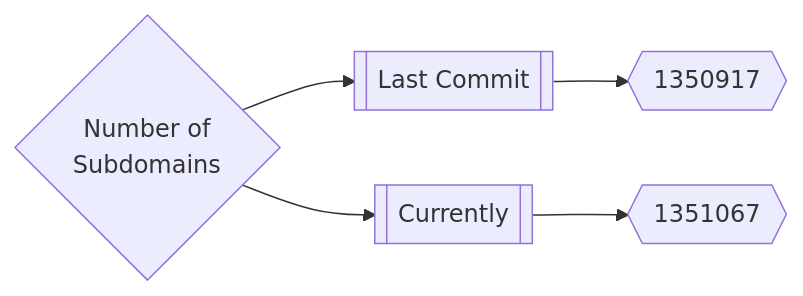
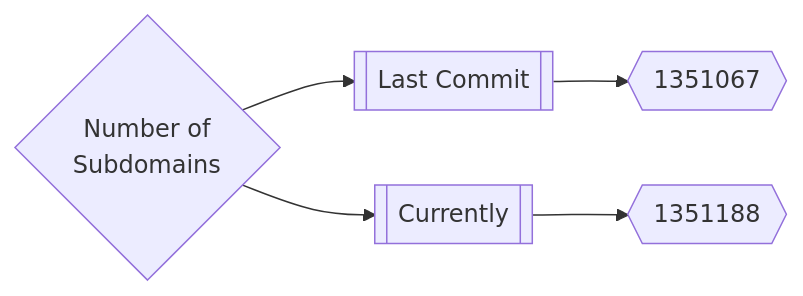
One commit to trickest/inventory changed the first of 3 diagrams in README.md. Above: the diagram before and after it, drawn with Mermaid. The commit also changed other lines of this file, not shown here.

Commit message:
Update Thu Apr  7 01:15:36 UTC 2022

````diff
--- a/README.md
+++ b/README.md
@@ -165,5 +165,5 @@
 ```mermaid
 graph LR
-title{Number of<br>Subdomains} --> subdomainsDate1[[Last Commit]] --> subdomainsNum1{{1350917}}
-title --> subdomainsDate2[[Currently]] --> subdomainsNum2{{1351067}}
+title{Number of<br>Subdomains} --> subdomainsDate1[[Last Commit]] --> subdomainsNum1{{1351067}}
+title --> subdomainsDate2[[Currently]] --> subdomainsNum2{{1351188}}
 ```
````
